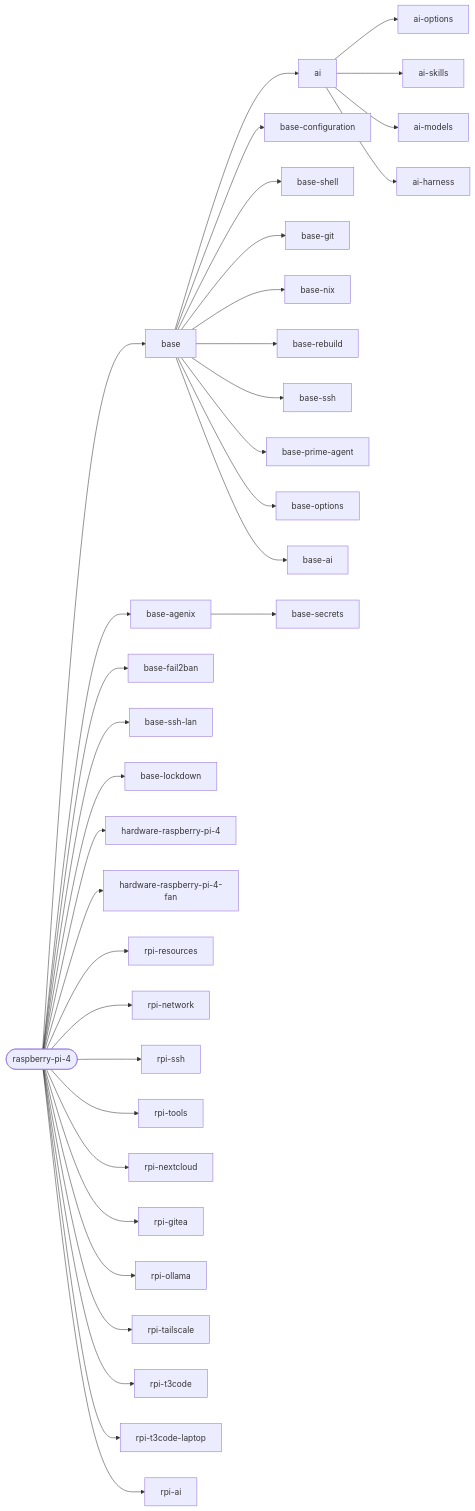
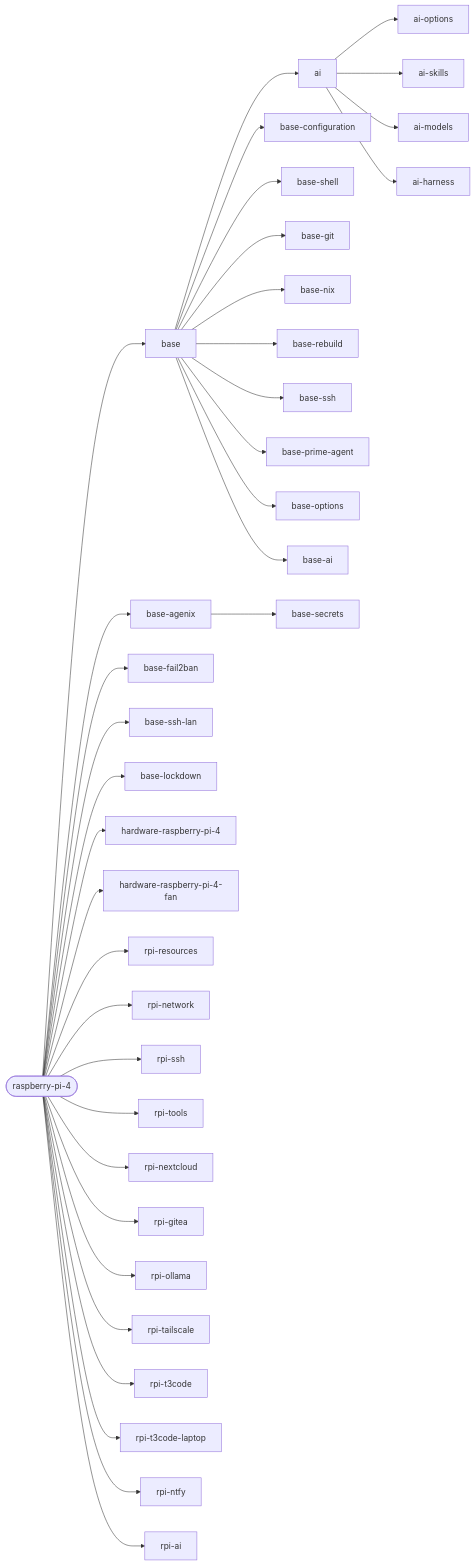
One commit to janusz-bit/nixos changed the second of 3 diagrams in docs/reference/hosts.md. Above: the diagram before and after it, drawn with Mermaid. The commit also changed other lines of this file and 13 other files, not shown here.

First line of the commit message:
rpi: push notifications to the phone through ntfy

````diff
--- a/docs/reference/hosts.md
+++ b/docs/reference/hosts.md
@@ -134,37 +136,38 @@
 ```mermaid
 flowchart LR
   host_raspberry_pi_4([raspberry-pi-4])
   host_raspberry_pi_4 --> base[base]
   host_raspberry_pi_4 --> base_agenix[base-agenix]
   host_raspberry_pi_4 --> base_fail2ban[base-fail2ban]
   host_raspberry_pi_4 --> base_ssh_lan[base-ssh-lan]
   host_raspberry_pi_4 --> base_lockdown[base-lockdown]
   host_raspberry_pi_4 --> hardware_raspberry_pi_4[hardware-raspberry-pi-4]
   host_raspberry_pi_4 --> hardware_raspberry_pi_4_fan[hardware-raspberry-pi-4-fan]
   host_raspberry_pi_4 --> rpi_resources[rpi-resources]
   host_raspberry_pi_4 --> rpi_network[rpi-network]
   host_raspberry_pi_4 --> rpi_ssh[rpi-ssh]
   host_raspberry_pi_4 --> rpi_tools[rpi-tools]
   host_raspberry_pi_4 --> rpi_nextcloud[rpi-nextcloud]
   host_raspberry_pi_4 --> rpi_gitea[rpi-gitea]
   host_raspberry_pi_4 --> rpi_ollama[rpi-ollama]
   host_raspberry_pi_4 --> rpi_tailscale[rpi-tailscale]
   host_raspberry_pi_4 --> rpi_t3code[rpi-t3code]
   host_raspberry_pi_4 --> rpi_t3code_laptop[rpi-t3code-laptop]
+  host_raspberry_pi_4 --> rpi_ntfy[rpi-ntfy]
   host_raspberry_pi_4 --> rpi_ai[rpi-ai]
   ai --> ai_options[ai-options]
   ai --> ai_skills[ai-skills]
   ai --> ai_models[ai-models]
   ai --> ai_harness[ai-harness]
   base --> base_configuration[base-configuration]
   base --> base_shell[base-shell]
   base --> base_git[base-git]
   base --> base_nix[base-nix]
   base --> base_rebuild[base-rebuild]
   base --> base_ssh[base-ssh]
   base --> base_prime_agent[base-prime-agent]
   base --> base_options[base-options]
   base --> ai[ai]
   base --> base_ai[base-ai]
   base_agenix --> base_secrets[base-secrets]
 ```
````
